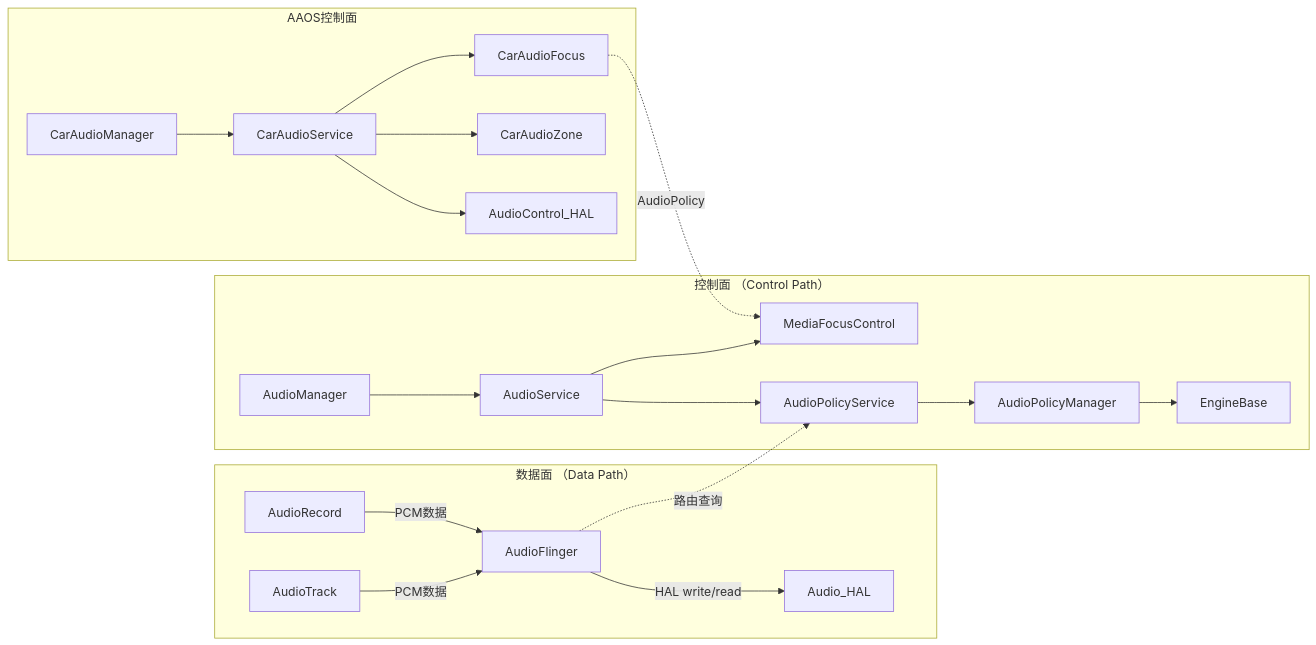
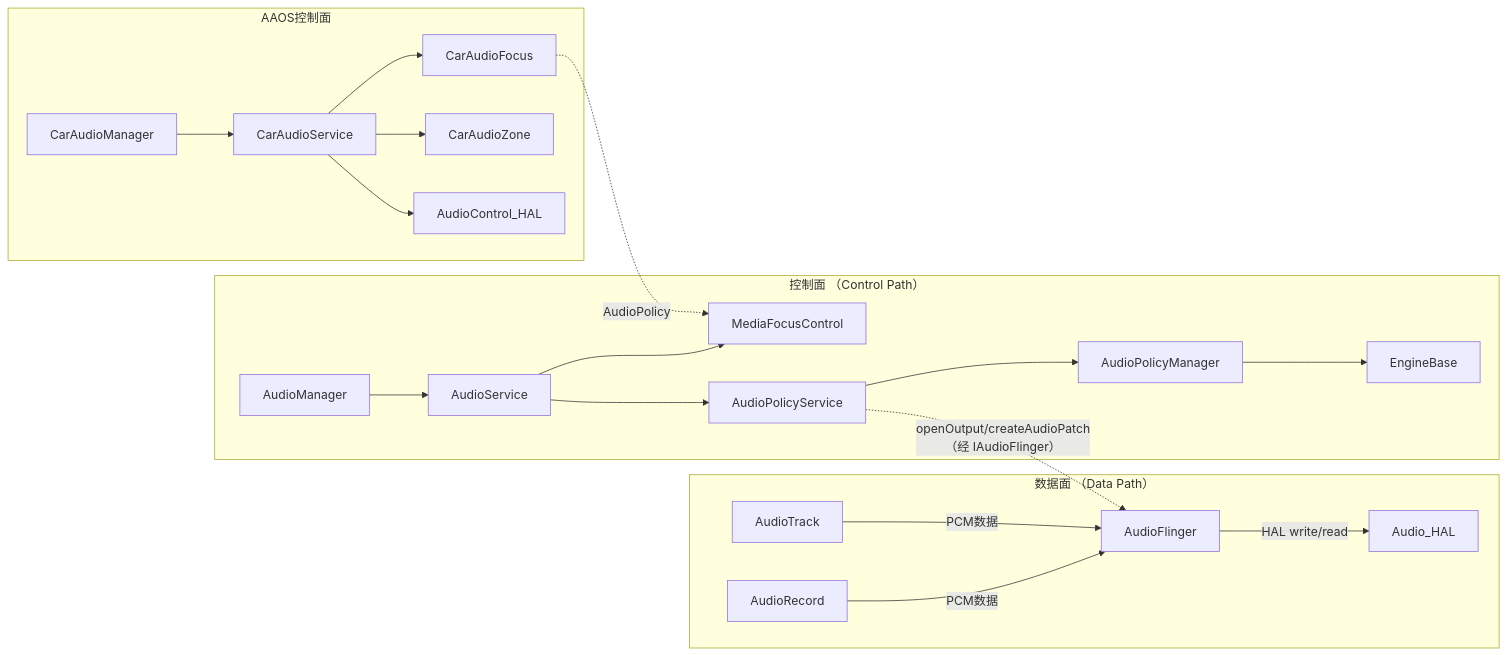
The diagram in 01_Architecture_Overview/01_1.3_模块依赖关系图.md (yanglinzhen1022/SA8295_AAOS_QNX_Audio_KnowledgeBase), drawn with Mermaid before and after one commit. The commit also changed other lines of this file and 10 other files, not shown here.

````diff
--- a/01_Architecture_Overview/01_1.3_模块依赖关系图.md
+++ b/01_Architecture_Overview/01_1.3_模块依赖关系图.md
@@ -8,23 +8,23 @@
 ```mermaid
 graph LR
     subgraph 数据面["数据面 （Data Path）"]
         AudioTrack -->|PCM数据| AudioFlinger
         AudioRecord -->|PCM数据| AudioFlinger
         AudioFlinger -->|HAL write/read| Audio_HAL
     end
     subgraph 控制面["控制面 （Control Path）"]
         AudioManager --> AudioService
         AudioService --> MediaFocusControl
         AudioService --> AudioPolicyService
         AudioPolicyService --> AudioPolicyManager
         AudioPolicyManager --> EngineBase
     end
     subgraph AAOS控制面["AAOS控制面"]
         CarAudioManager --> CarAudioService
         CarAudioService --> CarAudioFocus
         CarAudioService --> CarAudioZone
         CarAudioService --> AudioControl_HAL
     end
-    AudioFlinger -.->|"路由查询"| AudioPolicyService
+    AudioPolicyService -.->|"openOutput/createAudioPatch（经 IAudioFlinger）"| AudioFlinger
     CarAudioFocus -.->|"AudioPolicy"| MediaFocusControl
 ```
````
